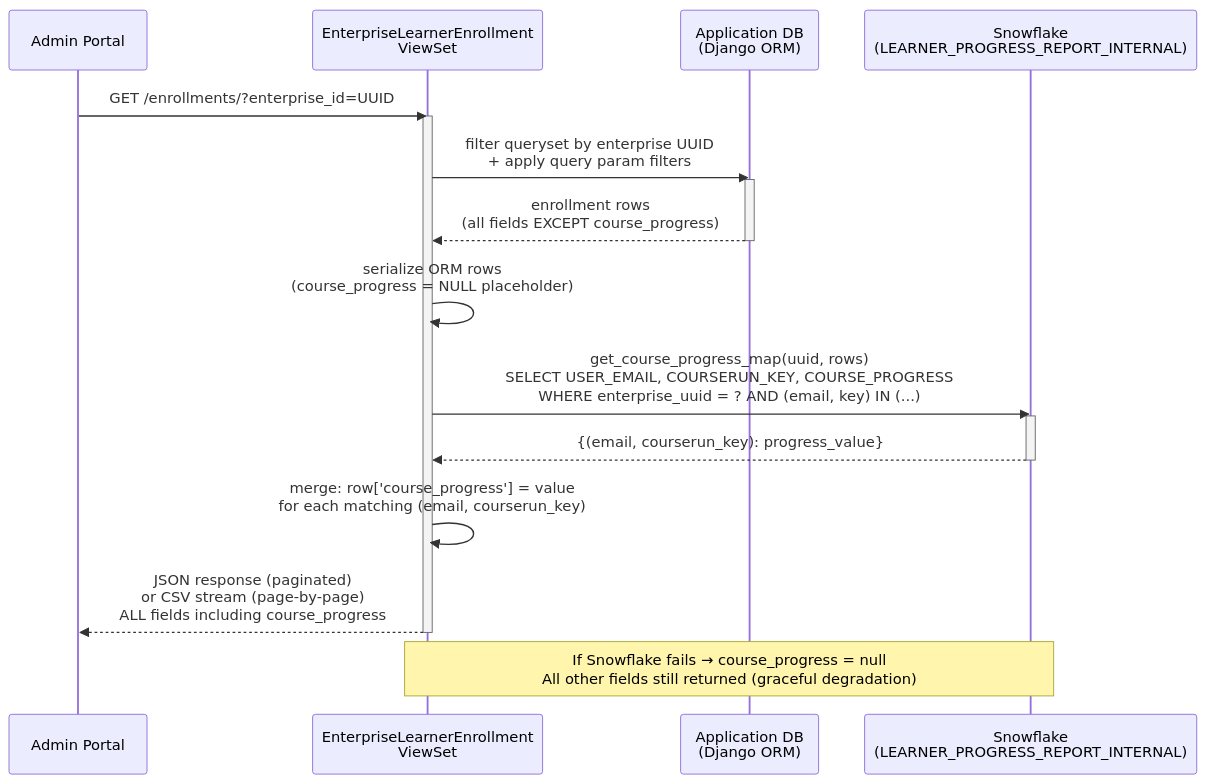
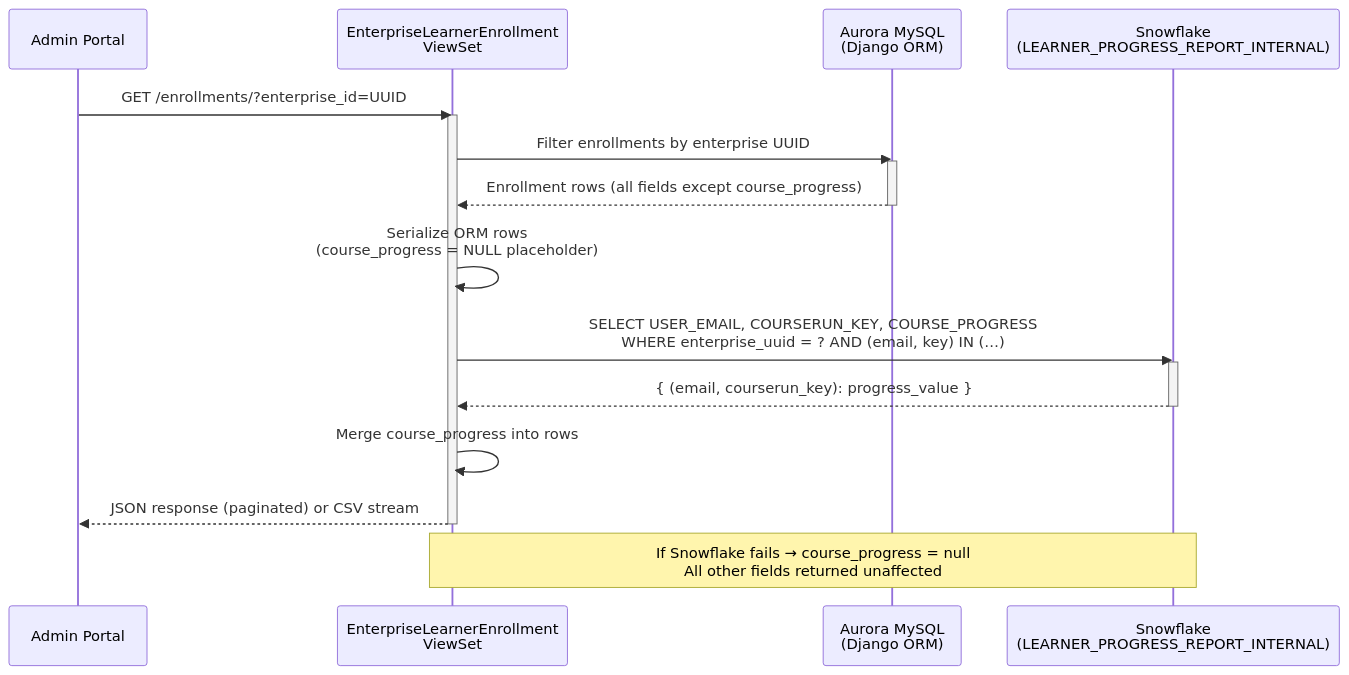
Before and after one commit to rgopalrao-sonata-png/documents: the second of 2 diagrams in LPR/updated_doc.md, drawn with Mermaid. The commit also changed other lines of this file, not shown here.

````diff
--- a/LPR/updated_doc.md
+++ b/LPR/updated_doc.md
@@ -323,29 +349,29 @@
 ```mermaid
 sequenceDiagram
     participant AP as Admin Portal
     participant VS as EnterpriseLearnerEnrollment<br/>ViewSet
-    participant DB as Application DB<br/>(Django ORM)
+    participant DB as Aurora MySQL<br/>(Django ORM)
     participant SF as Snowflake<br/>(LEARNER_PROGRESS_REPORT_INTERNAL)
 
     AP->>VS: GET /enrollments/?enterprise_id=UUID
     activate VS
 
-    VS->>DB: filter queryset by enterprise UUID<br/>+ apply query param filters
+    VS->>DB: Filter enrollments by enterprise UUID
     activate DB
-    DB-->>VS: enrollment rows<br/>(all fields EXCEPT course_progress)
+    DB-->>VS: Enrollment rows (all fields except course_progress)
     deactivate DB
 
-    VS->>VS: serialize ORM rows<br/>(course_progress = NULL placeholder)
+    VS->>VS: Serialize ORM rows<br/>(course_progress = NULL placeholder)
 
-    VS->>SF: get_course_progress_map(uuid, rows)<br/>SELECT USER_EMAIL, COURSERUN_KEY, COURSE_PROGRESS<br/>WHERE enterprise_uuid = ? AND (email, key) IN (...)
+    VS->>SF: SELECT USER_EMAIL, COURSERUN_KEY, COURSE_PROGRESS<br/>WHERE enterprise_uuid = ? AND (email, key) IN (…)
     activate SF
-    SF-->>VS: {(email, courserun_key): progress_value}
+    SF-->>VS: { (email, courserun_key): progress_value }
     deactivate SF
 
-    VS->>VS: merge: row['course_progress'] = value<br/>for each matching (email, courserun_key)
+    VS->>VS: Merge course_progress into rows
 
-    VS-->>AP: JSON response (paginated)<br/>or CSV stream (page-by-page)<br/>ALL fields including course_progress
+    VS-->>AP: JSON response (paginated) or CSV stream
     deactivate VS
 
-    Note over VS,SF: If Snowflake fails → course_progress = null<br/>All other fields still returned (graceful degradation)
+    Note over VS,SF: If Snowflake fails → course_progress = null<br/>All other fields returned unaffected
 ```
````
